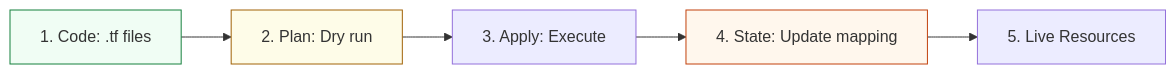
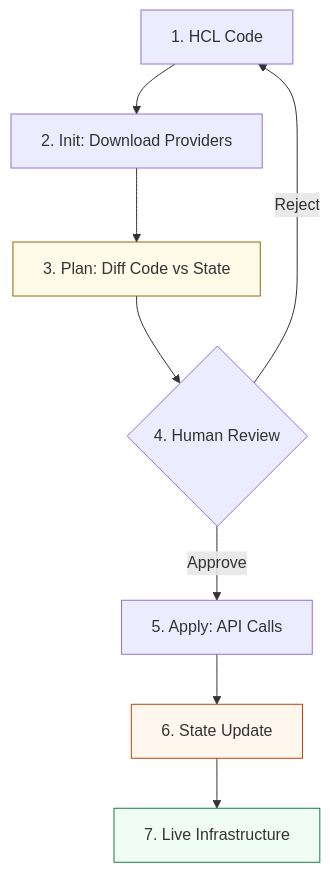
Before and after one commit to Ganil151/Devops: the diagram in 2-Intermediate/02-Phase-2/01-Infrastructure-Automation/REFERENCE/IaC-State-Management-Ref.md, drawn with Mermaid. The commit also changed other lines of this file and 490 other files, not shown here.

````diff
--- a/2-Intermediate/02-Phase-2/01-Infrastructure-Automation/REFERENCE/IaC-State-Management-Ref.md
+++ b/2-Intermediate/02-Phase-2/01-Infrastructure-Automation/REFERENCE/IaC-State-Management-Ref.md
@@ -49,11 +79,14 @@
 ```mermaid
-graph LR
-    Code[1. Code: .tf files] --> Plan[2. Plan: Dry run]
-    Plan --> Apply[3. Apply: Execute]
-    Apply --> State[4. State: Update mapping]
-    State --> Live[5. Live Resources]
+graph TD
+    Code[1. HCL Code] --> Sync[2. Init: Download Providers]
+    Sync --> Plan[3. Plan: Diff Code vs State]
+    Plan --> Verify{4. Human Review}
+    Verify -- Reject --> Code
+    Verify -- Approve --> Apply[5. Apply: API Calls]
+    Apply --> Update[6. State Update]
+    Update --> Cloud[7. Live Infrastructure]
     
-    style Code fill:#f0fdf4,stroke:#15803d
     style Plan fill:#fefce8,stroke:#a16207
-    style State fill:#fff7ed,stroke:#c2410c
+    style Update fill:#fff7ed,stroke:#c2410c
+    style Cloud fill:#f0fdf4,stroke:#15803d
 ```
````
